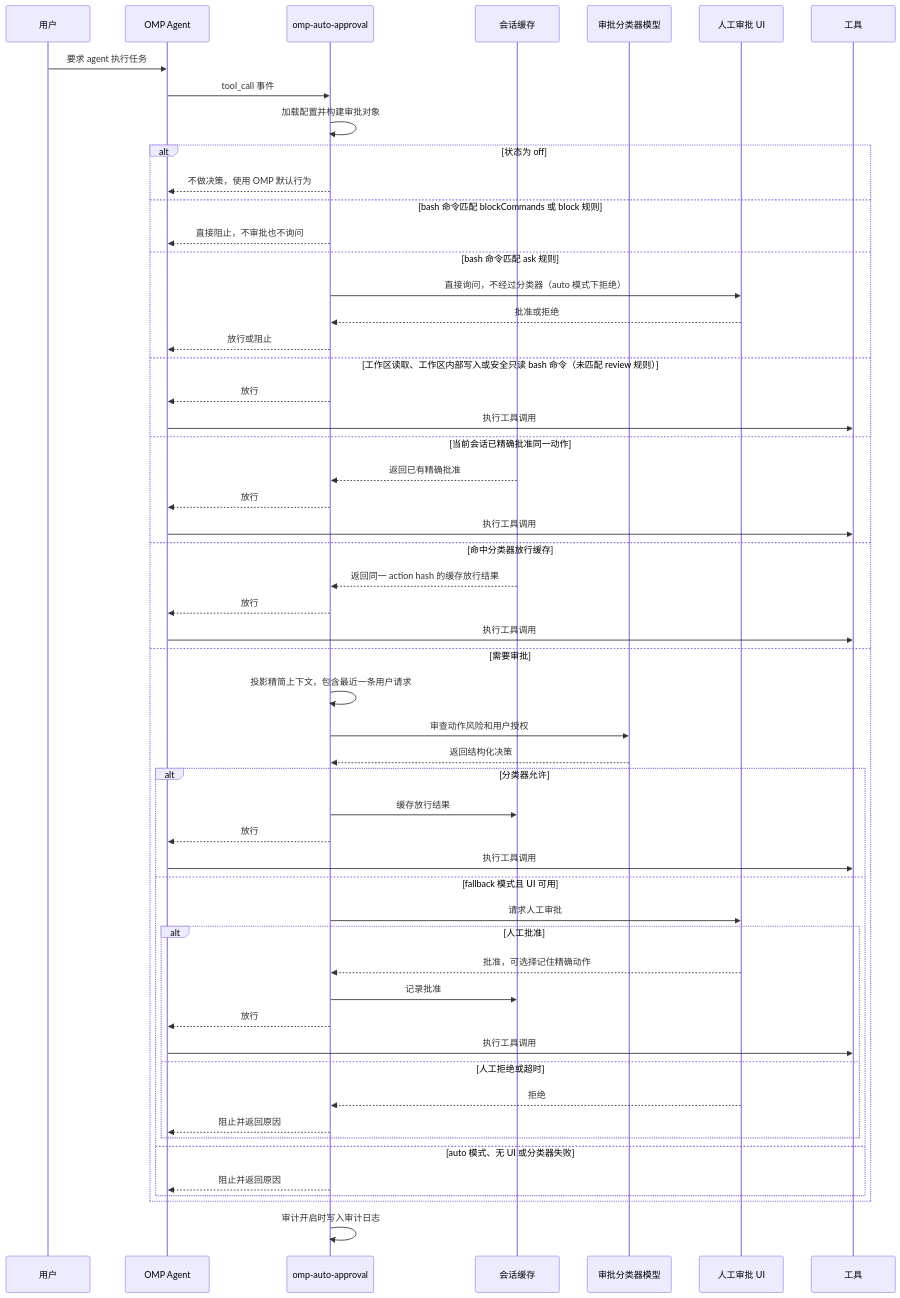
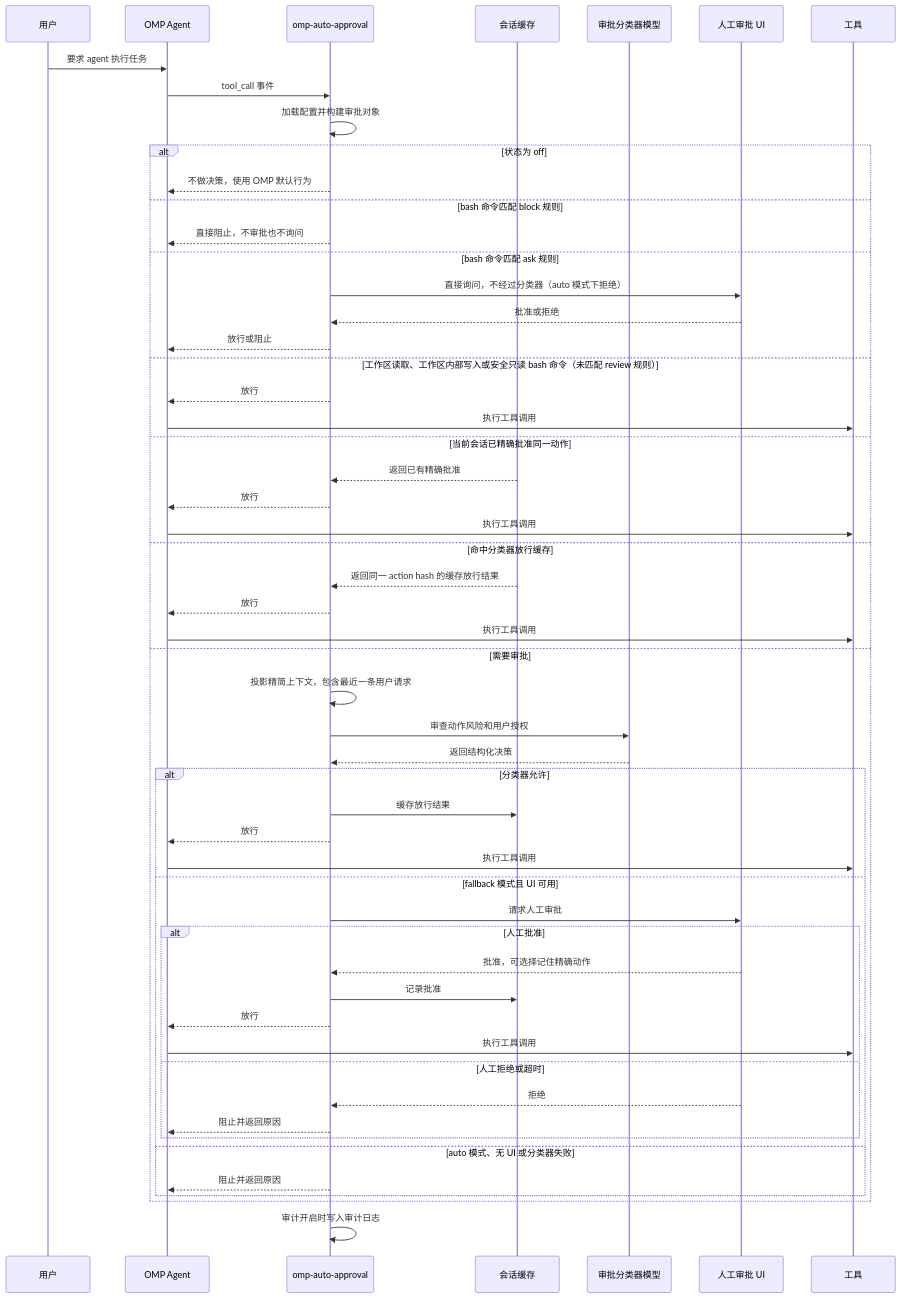
Before and after one commit to sthetz/omp-auto-approval: the diagram in README.zh-CN.md, drawn with Mermaid. The commit also changed other lines of this file and 17 other files, not shown here.

First line of the commit message:
Replace safeCommandAllowlist and blockCommands with allow and block rules

````diff
--- a/README.zh-CN.md
+++ b/README.zh-CN.md
@@ -75,60 +75,60 @@
 ```mermaid
 sequenceDiagram
     participant User as 用户
     participant OMP as OMP Agent
     participant Ext as omp-auto-approval
     participant Store as 会话缓存
     participant Classifier as 审批分类器模型
     participant Human as 人工审批 UI
     participant Tool as 工具
 
     User->>OMP: 要求 agent 执行任务
     OMP->>Ext: tool_call 事件
     Ext->>Ext: 加载配置并构建审批对象
 
     alt 状态为 off
         Ext-->>OMP: 不做决策，使用 OMP 默认行为
-    else bash 命令匹配 blockCommands 或 block 规则
+    else bash 命令匹配 block 规则
         Ext-->>OMP: 直接阻止，不审批也不询问
     else bash 命令匹配 ask 规则
         Ext->>Human: 直接询问，不经过分类器（auto 模式下拒绝）
         Human-->>Ext: 批准或拒绝
         Ext-->>OMP: 放行或阻止
     else 工作区读取、工作区内部写入或安全只读 bash 命令（未匹配 review 规则）
         Ext-->>OMP: 放行
         OMP->>Tool: 执行工具调用
     else 当前会话已精确批准同一动作
         Store-->>Ext: 返回已有精确批准
         Ext-->>OMP: 放行
         OMP->>Tool: 执行工具调用
     else 命中分类器放行缓存
         Store-->>Ext: 返回同一 action hash 的缓存放行结果
         Ext-->>OMP: 放行
         OMP->>Tool: 执行工具调用
     else 需要审批
         Ext->>Ext: 投影精简上下文，包含最近一条用户请求
         Ext->>Classifier: 审查动作风险和用户授权
         Classifier-->>Ext: 返回结构化决策
 
         alt 分类器允许
             Ext->>Store: 缓存放行结果
             Ext-->>OMP: 放行
             OMP->>Tool: 执行工具调用
         else fallback 模式且 UI 可用
             Ext->>Human: 请求人工审批
             alt 人工批准
                 Human-->>Ext: 批准，可选择记住精确动作
                 Ext->>Store: 记录批准
                 Ext-->>OMP: 放行
                 OMP->>Tool: 执行工具调用
             else 人工拒绝或超时
                 Human-->>Ext: 拒绝
                 Ext-->>OMP: 阻止并返回原因
             end
         else auto 模式、无 UI 或分类器失败
             Ext-->>OMP: 阻止并返回原因
         end
     end
 
     Ext->>Ext: 审计开启时写入审计日志
 ```
````
